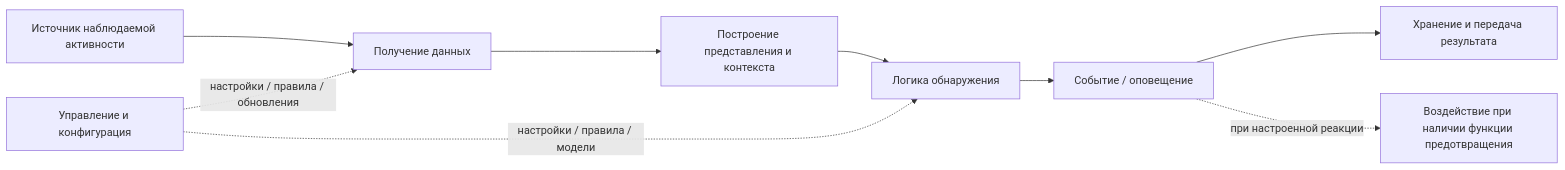
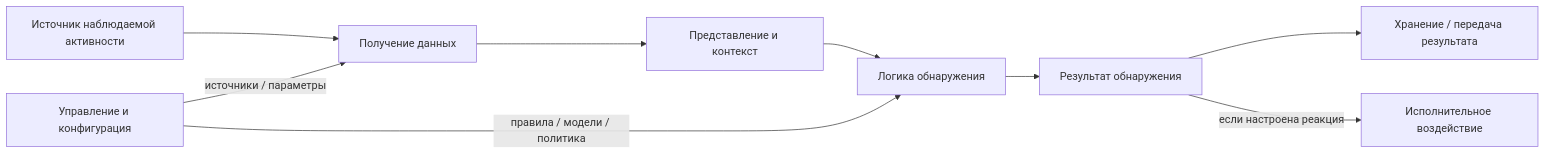
One commit to 11ndra/spvo changed the first of 3 diagrams in docs/course/03-detection.md. Above: the diagram before and after it, drawn with Mermaid. The commit also changed other lines of this file, not shown here.

````diff
--- a/docs/course/03-detection.md
+++ b/docs/course/03-detection.md
@@ -30,16 +30,12 @@
 ```mermaid
 flowchart LR
-    S[Источник наблюдаемой активности]
-    A[Получение данных]
-    P[Построение представления и контекста]
-    D[Логика обнаружения]
-    O[Событие / оповещение]
-    R[Хранение и передача результата]
-    M[Управление и конфигурация]
-    E[Воздействие при наличии функции предотвращения]
+    S[Источник наблюдаемой активности] --> A[Получение данных]
+    A --> P[Представление и контекст]
+    P --> D[Логика обнаружения]
+    D --> O[Результат обнаружения]
+    O --> R[Хранение / передача результата]
 
-    S --> A --> P --> D --> O --> R
-    M -. настройки / правила / обновления .-> A
-    M -. настройки / правила / модели .-> D
-    O -. при настроенной реакции .-> E
+    M[Управление и конфигурация] -->|источники / параметры| A
+    M -->|правила / модели / политика| D
+    O -->|если настроена реакция| E[Исполнительное воздействие]
 ```
````
